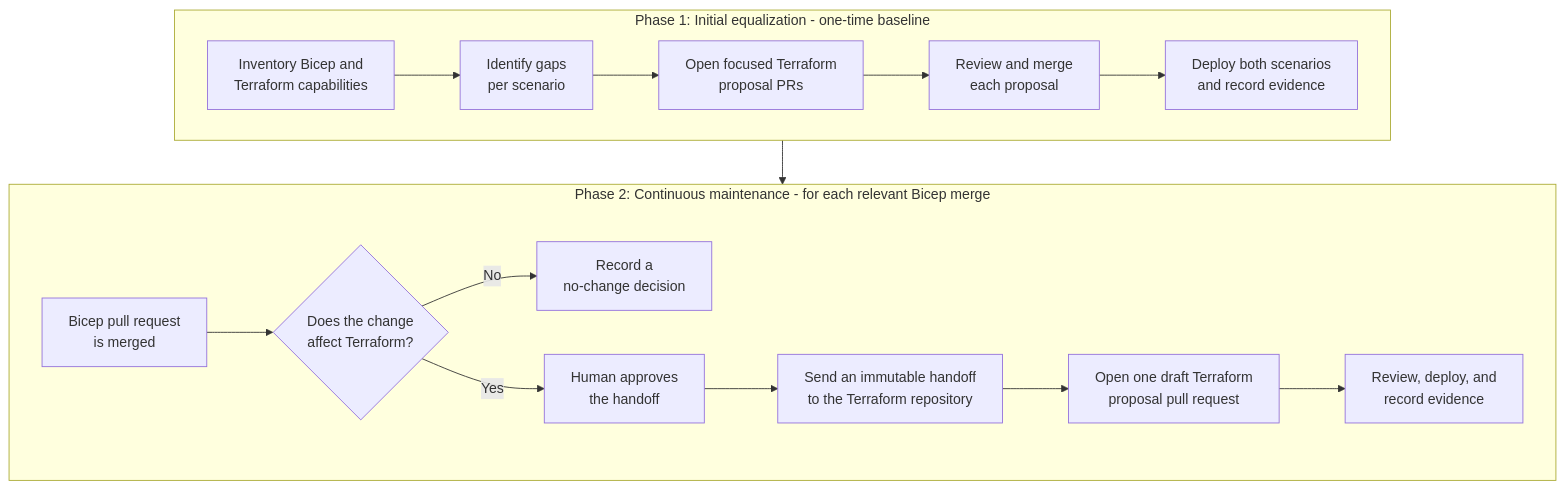
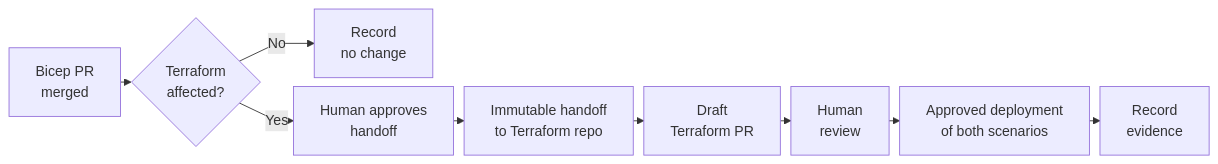
One commit to Azure/AI-Landing-Zones changed the first of 2 diagrams in docs/terraform-parity.md. Above: the diagram before and after it, drawn with Mermaid. The commit also changed other lines of this file, not shown here.

Commit message:
docs: focus parity page on continuous maintenance

````diff
--- a/docs/terraform-parity.md
+++ b/docs/terraform-parity.md
@@ -78,22 +81,12 @@
 ```mermaid
-flowchart TB
-    subgraph P1["Phase 1: Initial equalization - one-time baseline"]
-        direction LR
-        A["Inventory Bicep and<br/>Terraform capabilities"] --> B["Identify gaps<br/>per scenario"]
-        B --> C["Open focused Terraform<br/>proposal PRs"]
-        C --> D["Review and merge<br/>each proposal"]
-        D --> E["Deploy both scenarios<br/>and record evidence"]
-    end
-
-    subgraph P2["Phase 2: Continuous maintenance - for each relevant Bicep merge"]
-        direction LR
-        F["Bicep pull request<br/>is merged"] --> G{"Does the change<br/>affect Terraform?"}
-        G -- No --> N["Record a<br/>no-change decision"]
-        G -- Yes --> H["Human approves<br/>the handoff"]
-        H --> I["Send an immutable handoff<br/>to the Terraform repository"]
-        I --> J["Open one draft Terraform<br/>proposal pull request"]
-        J --> K["Review, deploy, and<br/>record evidence"]
-    end
-
-    P1 --> P2
+%%{init: {"flowchart": {"nodeSpacing": 10, "rankSpacing": 12, "curve": "linear"}}}%%
+flowchart LR
+    A["Bicep PR<br/>merged"] --> B{"Terraform<br/>affected?"}
+    B -- No --> C["Record<br/>no change"]
+    B -- Yes --> D["Human approves<br/>handoff"]
+    D --> E["Immutable handoff<br/>to Terraform repo"]
+    E --> F["Draft<br/>Terraform PR"]
+    F --> G["Human<br/>review"]
+    G --> H["Approved deployment<br/>of both scenarios"]
+    H --> I["Record<br/>evidence"]
 ```
````
